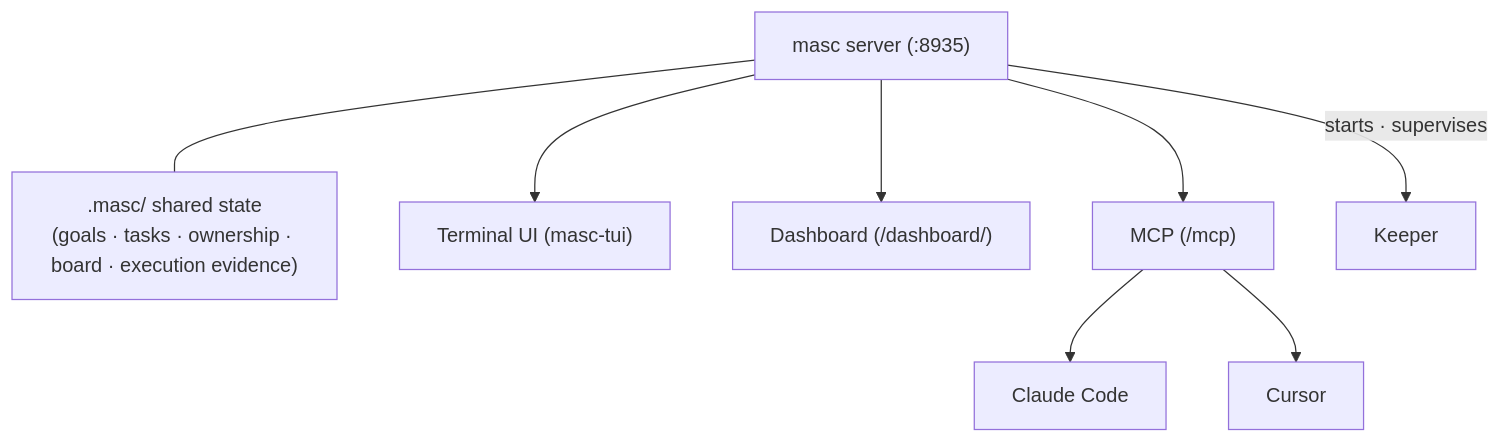
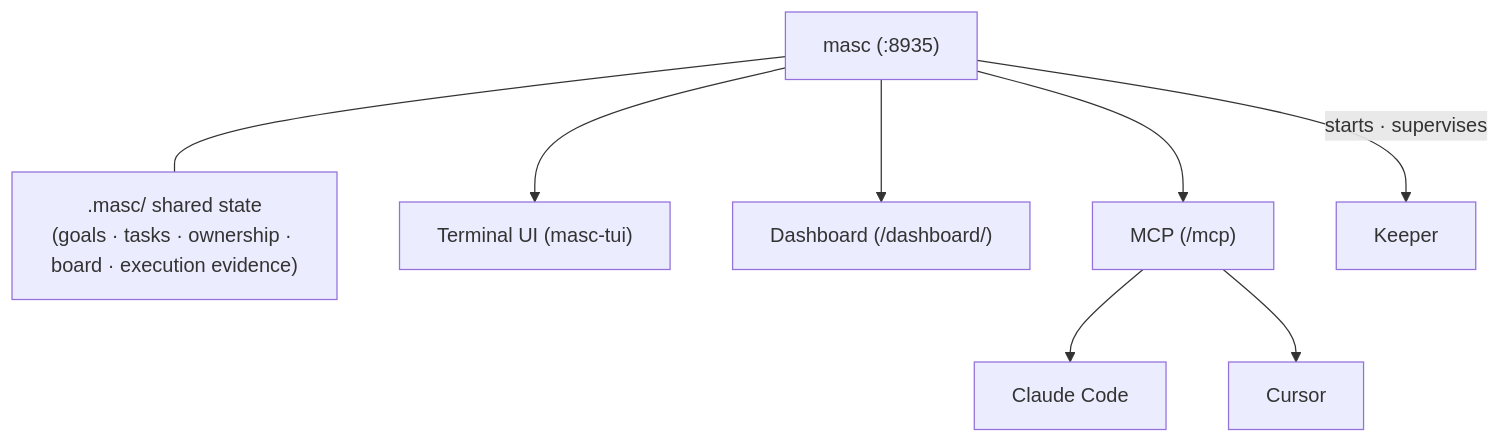
Before and after one commit to jeong-sik/masc: the diagram in docs-site/src/content/docs/getting-started/overview.md, drawn with Mermaid. The commit also changed 8 other files, not shown here.

````diff
--- a/docs-site/src/content/docs/getting-started/overview.md
+++ b/docs-site/src/content/docs/getting-started/overview.md
@@ -16,13 +16,13 @@
 ```mermaid
 flowchart TD
     STORE[".masc/ shared state<br/>(goals · tasks · ownership · board · execution evidence)"]
-    SERVER["masc server (:8935)"]
+    SERVER["masc (:8935)"]
 
     SERVER --- STORE
     SERVER --> TUI["Terminal UI (masc-tui)"]
     SERVER --> DASH["Dashboard (/dashboard/)"]
     SERVER --> MCP["MCP (/mcp)"]
     SERVER -->|starts · supervises| K["Keeper"]
     MCP --> AG1["Claude Code"]
     MCP --> AG2["Cursor"]
 ```
````
